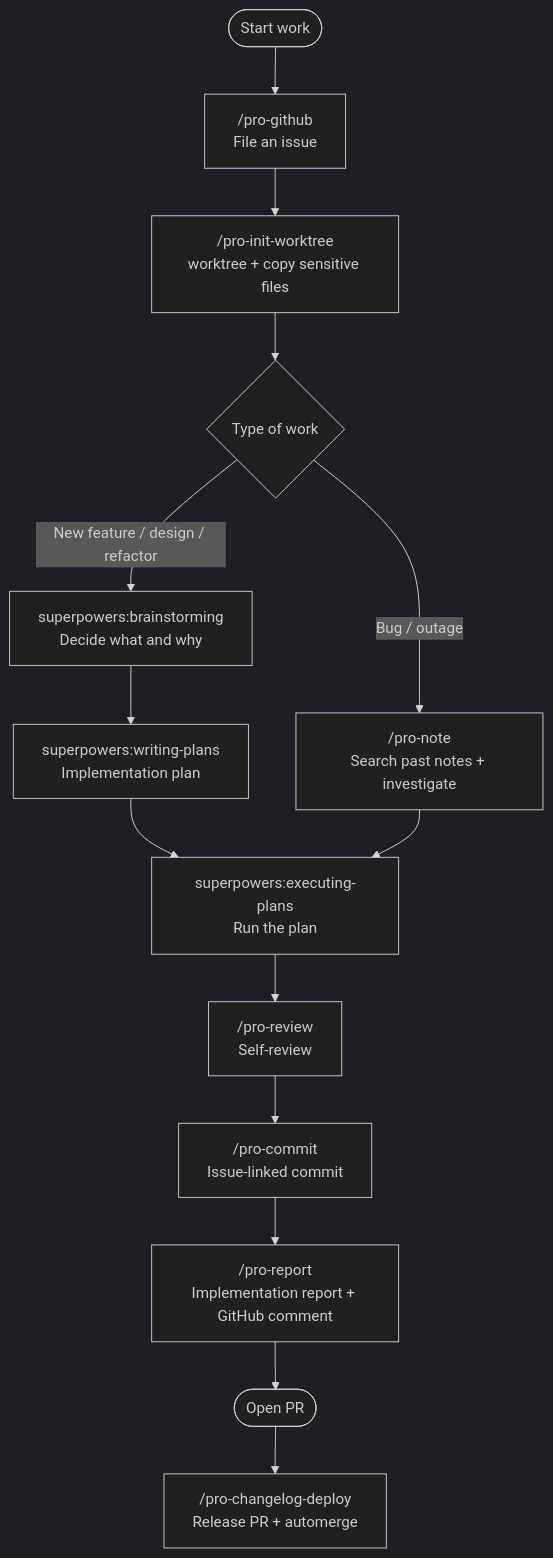
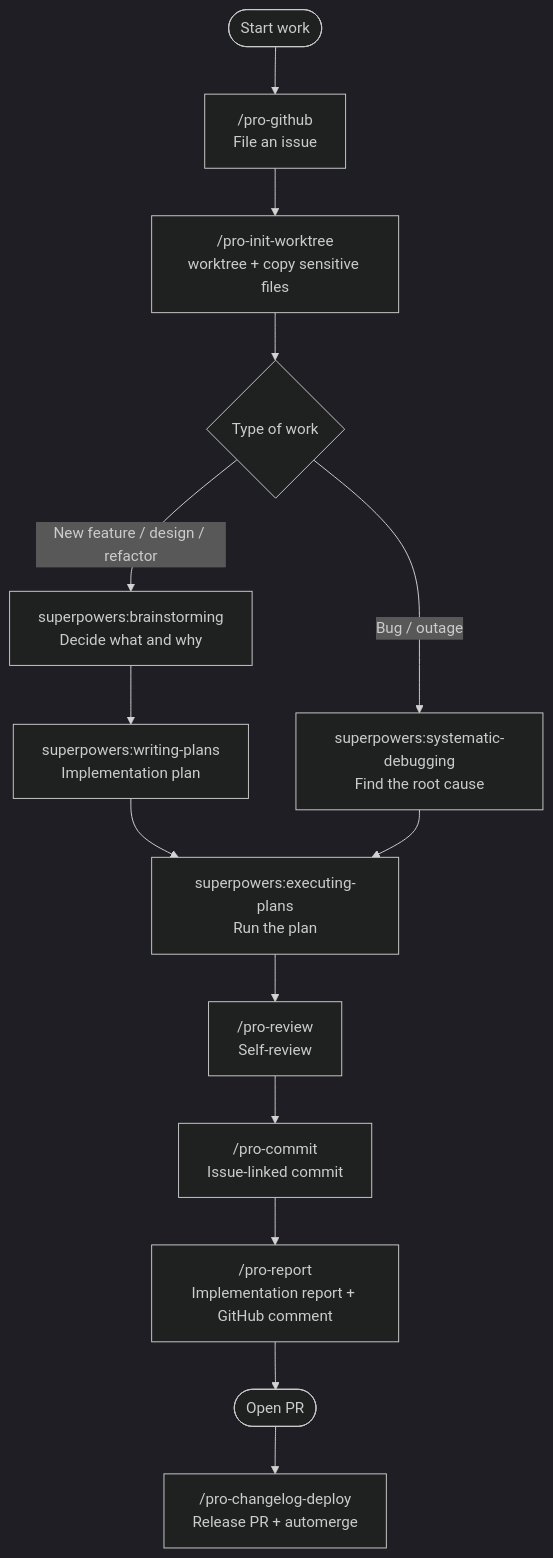
The first of 2 diagrams in README.md (Cassiiopeia/projectops), drawn with Mermaid (dark theme) before and after one commit. The commit also changed other lines of this file and 51 other files, not shown here.

````diff
--- a/README.md
+++ b/README.md
@@ -161,18 +159,18 @@
 ```mermaid
 flowchart TD
     A(["Start work"]) --> B["/pro-github<br/>File an issue"]
     B --> C["/pro-init-worktree<br/>worktree + copy sensitive files"]
     C --> D{"Type of work"}
 
     D -->|New feature / design / refactor| E1["superpowers:brainstorming<br/>Decide what and why"]
-    D -->|Bug / outage| E2["/pro-note<br/>Search past notes + investigate"]
+    D -->|Bug / outage| E2["superpowers:systematic-debugging<br/>Find the root cause"]
 
     E1 --> P["superpowers:writing-plans<br/>Implementation plan"]
     P --> F["superpowers:executing-plans<br/>Run the plan"]
     E2 --> F
     F --> H["/pro-review<br/>Self-review"]
     H --> I["/pro-commit<br/>Issue-linked commit"]
     I --> J["/pro-report<br/>Implementation report + GitHub comment"]
     J --> K(["Open PR"])
     K --> L["/pro-changelog-deploy<br/>Release PR + automerge"]
 ```
````
